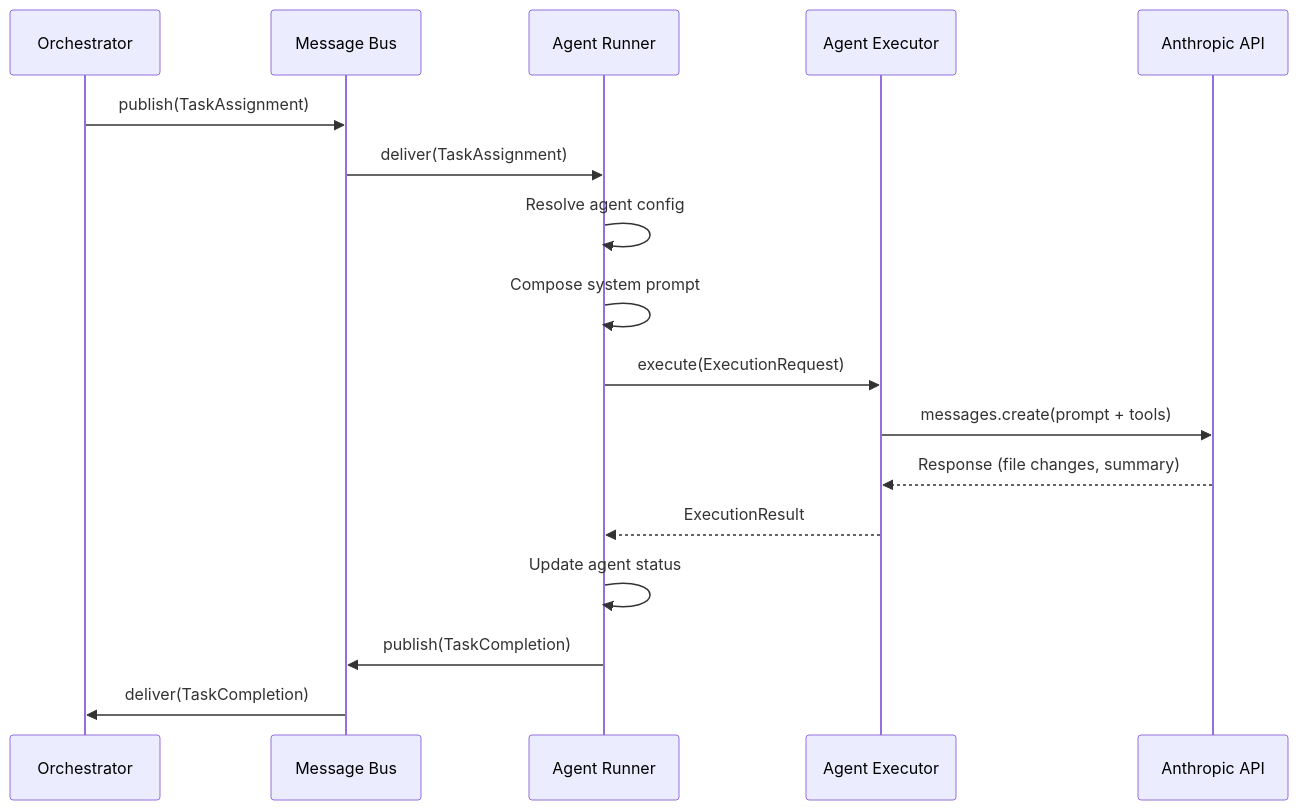
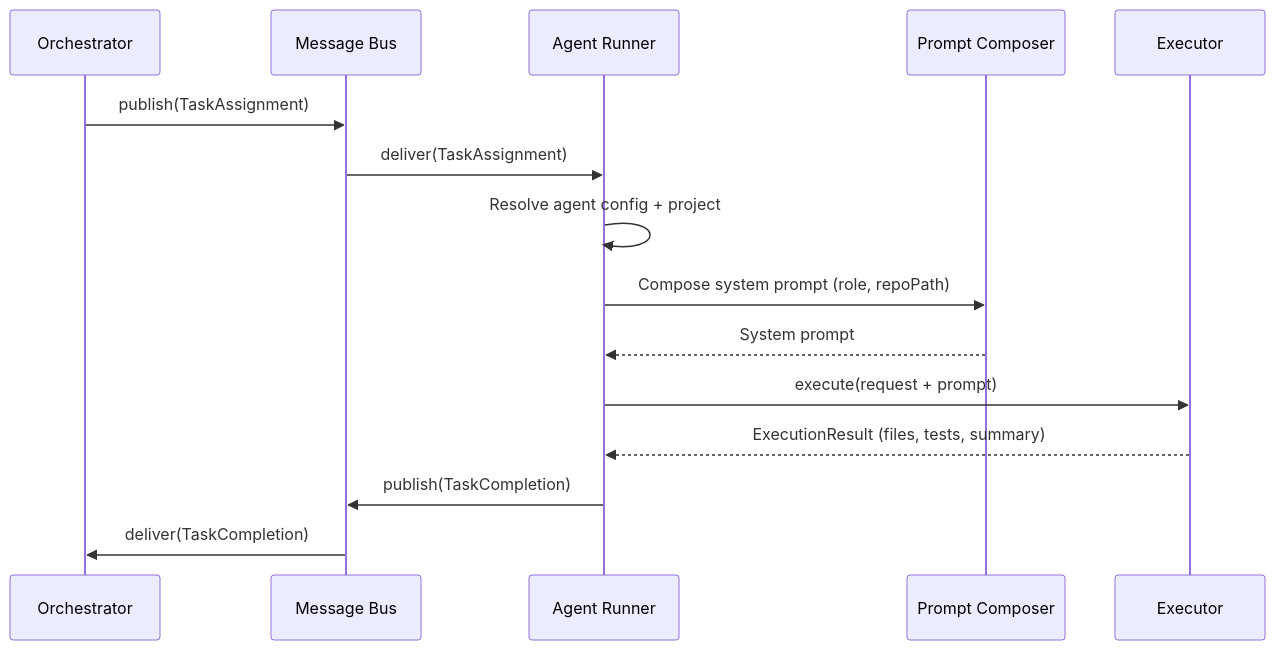
One commit to Belvainc/Belva-GEN changed the first of 2 diagrams in docs/architecture/agent-execution-model.md. Above: the diagram before and after it, drawn with Mermaid. The commit also changed other lines of this file and 8 other files, not shown here.

First line of the commit message:
Add comprehensive documentation for integrations, multi-project architecture, and deployment

````diff
--- a/docs/architecture/agent-execution-model.md
+++ b/docs/architecture/agent-execution-model.md
@@ -11,20 +11,18 @@
 ```mermaid
 sequenceDiagram
     participant O as Orchestrator
     participant MB as Message Bus
     participant R as Agent Runner
-    participant E as Agent Executor
-    participant LLM as Anthropic API
+    participant C as Prompt Composer
+    participant E as Executor
 
     O->>MB: publish(TaskAssignment)
     MB->>R: deliver(TaskAssignment)
-    R->>R: Resolve agent config
-    R->>R: Compose system prompt
-    R->>E: execute(ExecutionRequest)
-    E->>LLM: messages.create(prompt + tools)
-    LLM-->>E: Response (file changes, summary)
-    E-->>R: ExecutionResult
-    R->>R: Update agent status
+    R->>R: Resolve agent config + project
+    R->>C: Compose system prompt (role, repoPath)
+    C-->>R: System prompt
+    R->>E: execute(request + prompt)
+    E-->>R: ExecutionResult (files, tests, summary)
     R->>MB: publish(TaskCompletion)
     MB->>O: deliver(TaskCompletion)
 ```
````
